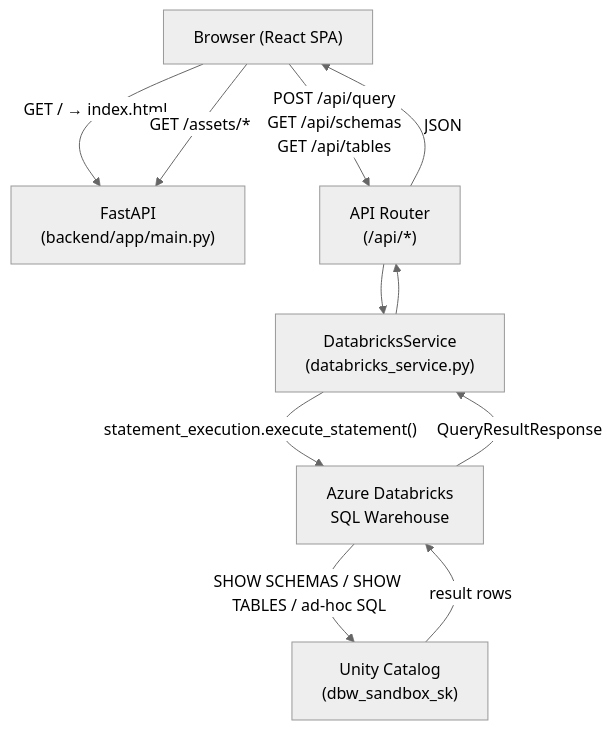
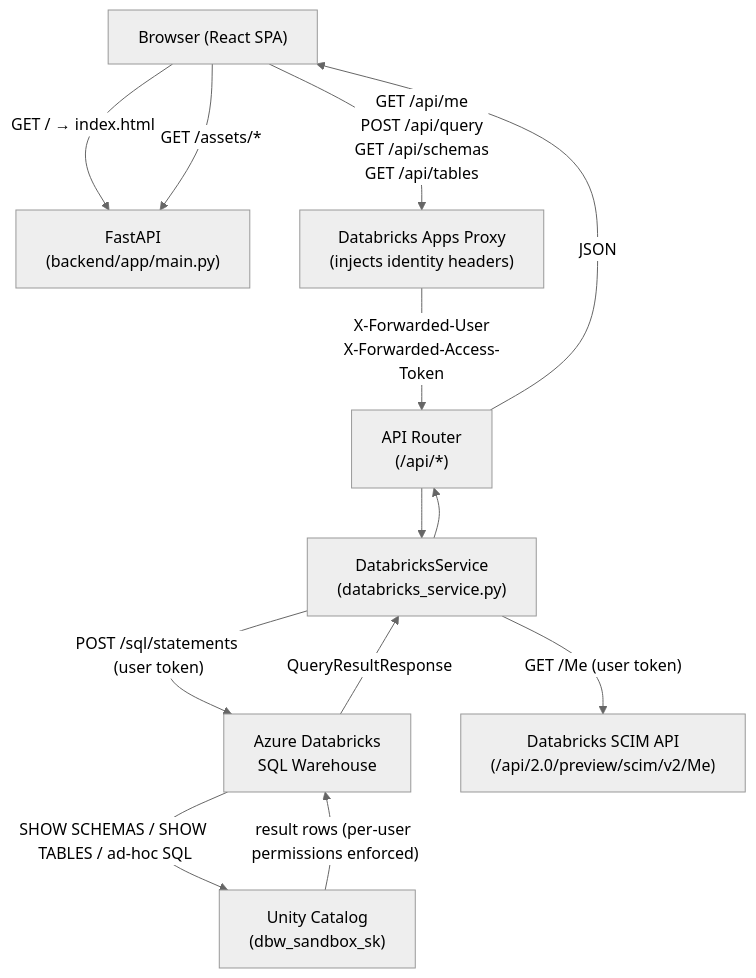
Before and after one commit to steve-kaschimer-slalom/databricks-sandbox-2: the diagram in docs/architecture.md, drawn with Mermaid (neutral theme). The commit also changed other lines of this file and 5 other files, not shown here.

````diff
--- a/docs/architecture.md
+++ b/docs/architecture.md
@@ -40,20 +40,24 @@
 ```mermaid
 graph TD
     Browser["Browser (React SPA)"]
     FastAPI["FastAPI\n(backend/app/main.py)"]
     Router["API Router\n(/api/*)"]
     Service["DatabricksService\n(databricks_service.py)"]
     Warehouse["Azure Databricks\nSQL Warehouse"]
     UC["Unity Catalog\n(dbw_sandbox_sk)"]
+    SCIM["Databricks SCIM API\n(/api/2.0/preview/scim/v2/Me)"]
+    AppsProxy["Databricks Apps Proxy\n(injects identity headers)"]
 
     Browser -- "GET /  →  index.html" --> FastAPI
     Browser -- "GET /assets/*" --> FastAPI
-    Browser -- "POST /api/query\nGET /api/schemas\nGET /api/tables" --> Router
+    Browser -- "GET /api/me\nPOST /api/query\nGET /api/schemas\nGET /api/tables" --> AppsProxy
+    AppsProxy -- "X-Forwarded-User\nX-Forwarded-Access-Token" --> Router
     Router --> Service
-    Service -- "statement_execution.execute_statement()" --> Warehouse
+    Service -- "GET /Me (user token)" --> SCIM
+    Service -- "POST /sql/statements (user token)" --> Warehouse
     Warehouse -- "SHOW SCHEMAS / SHOW TABLES / ad-hoc SQL" --> UC
-    UC -- "result rows" --> Warehouse
+    UC -- "result rows (per-user permissions enforced)" --> Warehouse
     Warehouse -- "QueryResultResponse" --> Service
     Service --> Router
     Router -- "JSON" --> Browser
 ```
````
